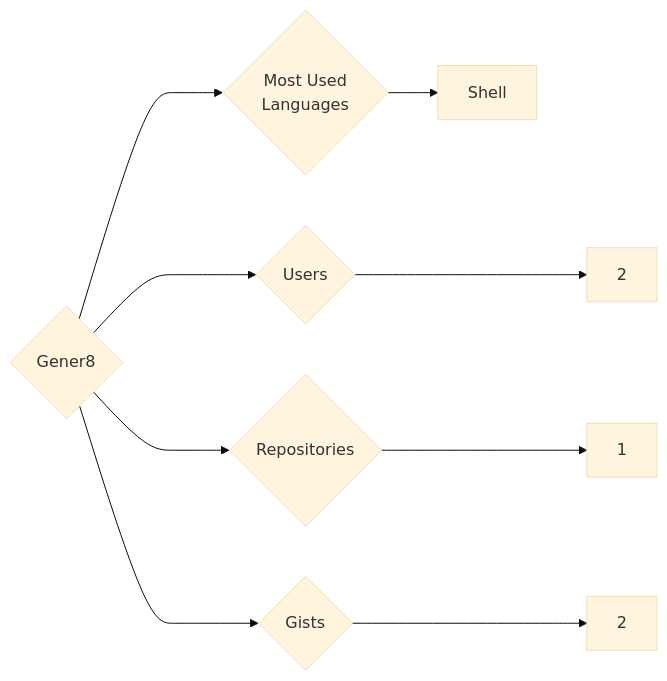
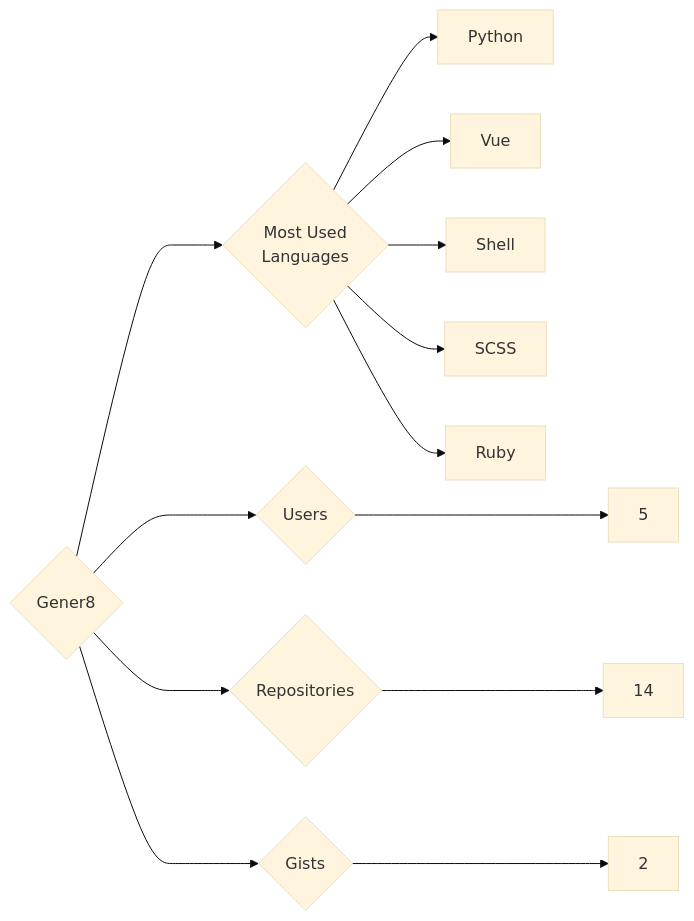
Before and after one commit to trickest/insiders: the diagram in targets/Gener8/README.md, drawn with Mermaid (base theme). The commit also changed 724 other files, not shown here.

````diff
--- a/targets/Gener8/README.md
+++ b/targets/Gener8/README.md
@@ -3,9 +3,13 @@
 ```mermaid
 graph LR
 COMPANY_NAME{Gener8}
-COMPANY_NAME ---> U{Users} ---> UN[2]
-COMPANY_NAME ---> R{Repositories} ---> RN[1]
+COMPANY_NAME ---> U{Users} ---> UN[5]
+COMPANY_NAME ---> R{Repositories} ---> RN[14]
 COMPANY_NAME ---> G{Gists} ---> GN[2]
 COMPANY_NAME ---> ML{Most Used<br>Languages}
+ML --> Python[Python]
+ML --> Vue[Vue]
 ML --> Shell[Shell]
+ML --> SCSS[SCSS]
+ML --> Ruby[Ruby]
 ```
````
